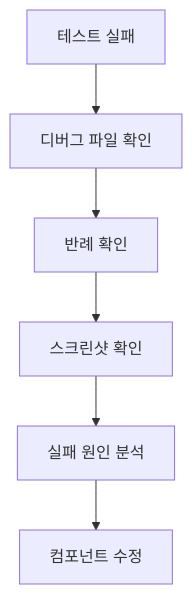
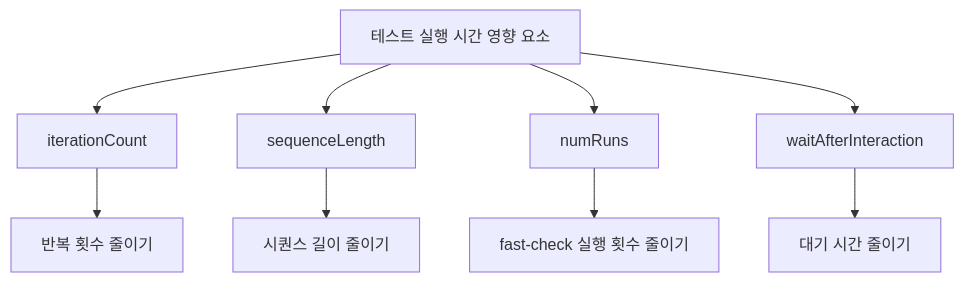
Before and after one commit to YahngSungho/Monorepo: the eighth of 8 diagrams in storybook/e2e/universal-testers.md, drawn with Mermaid. The commit also changed other lines of this file and 3 other files, not shown here.

First line of the commit message:
feat: Storybook UI 컴포넌트 테스트 기능 개선

````diff
--- a/storybook/e2e/universal-testers.md
+++ b/storybook/e2e/universal-testers.md
@@ -260,8 +357,12 @@
 ```mermaid
 flowchart TD
-    A[테스트 실패] --> B[디버그 파일 확인]
-    B --> C[반례 확인]
-    C --> D[스크린샷 확인]
-    D --> E[실패 원인 분석]
-    E --> F[컴포넌트 수정]
+    A[테스트 실행 시간 영향 요소] --> B[iterationCount]
+    A --> C[sequenceLength]
+    A --> D[numRuns]
+    A --> E[waitAfterInteraction]
+
+    B --> F[반복 횟수 줄이기]
+    C --> G[시퀀스 길이 줄이기]
+    D --> H[fast-check 실행 횟수 줄이기]
+    E --> I[대기 시간 줄이기]
 ```
````
